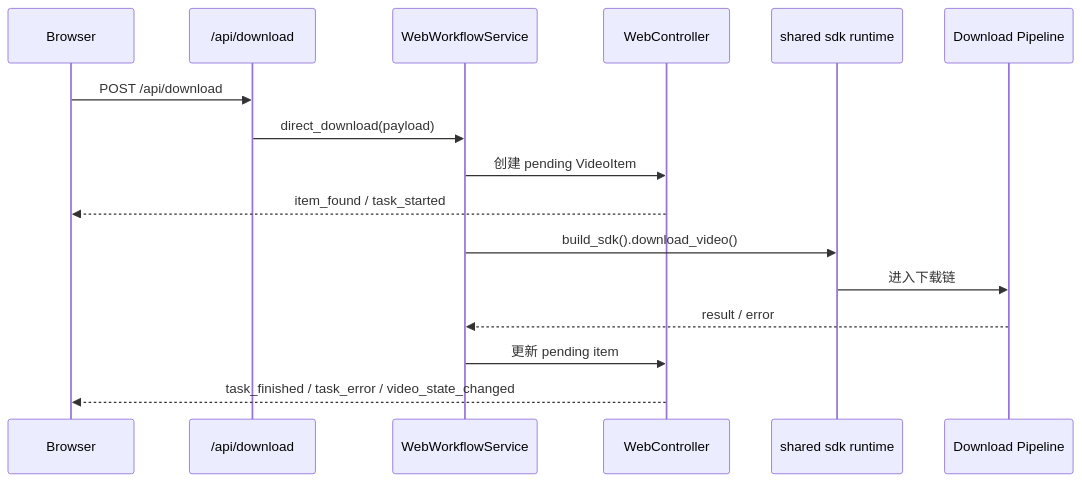
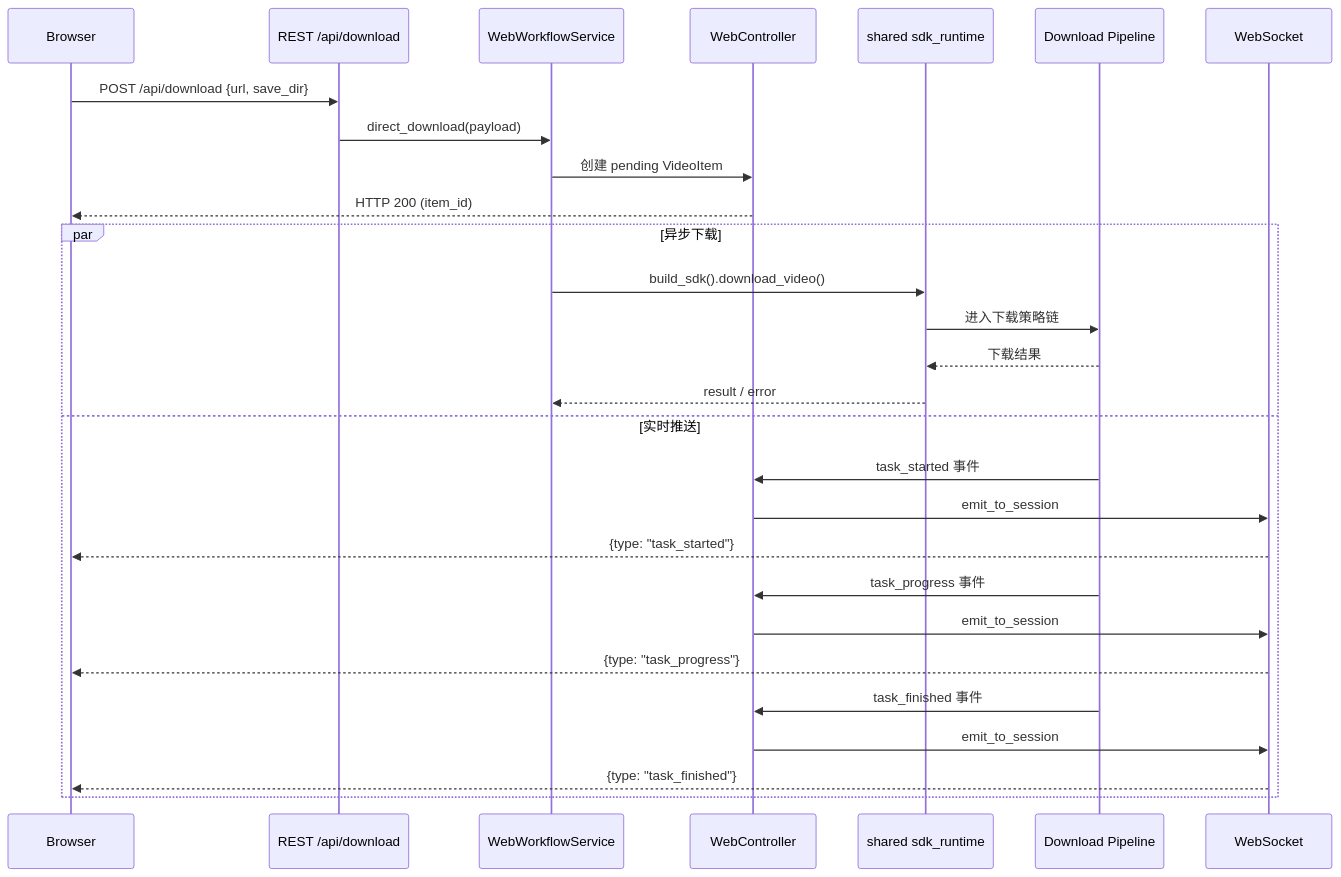
The fourth of 5 diagrams in mermaid/06-web-runtime.md (haohaizi554/UniversalCrawler), drawn with Mermaid before and after one commit. The commit also changed other lines of this file and 78 other files, not shown here.

Commit message:
Sync local workspace: packaging adaptation, frontend hardening, and architecture review.

````diff
--- a/mermaid/06-web-runtime.md
+++ b/mermaid/06-web-runtime.md
@@ -27,19 +135,34 @@
 ```mermaid
 sequenceDiagram
     participant UI as Browser
-    participant API as /api/download
+    participant API as REST /api/download
     participant WF as WebWorkflowService
     participant C as WebController
-    participant SDK as shared sdk runtime
+    participant SDK as shared sdk_runtime
     participant DL as Download Pipeline
+    participant WS as WebSocket
 
-    UI->>API: POST /api/download
+    UI->>API: POST /api/download {url, save_dir}
     API->>WF: direct_download(payload)
     WF->>C: 创建 pending VideoItem
-    C-->>UI: item_found / task_started
-    WF->>SDK: build_sdk().download_video()
-    SDK->>DL: 进入下载链
-    DL-->>WF: result / error
-    WF->>C: 更新 pending item
-    C-->>UI: task_finished / task_error / video_state_changed
+    C-->>UI: HTTP 200 (item_id)
+    
+    par 异步下载
+        WF->>SDK: build_sdk().download_video()
+        SDK->>DL: 进入下载策略链
+        DL-->>SDK: 下载结果
+        SDK-->>WF: result / error
+    and 实时推送
+        DL->>C: task_started 事件
+        C->>WS: emit_to_session
+        WS-->>UI: {type: "task_started"}
+        
+        DL->>C: task_progress 事件
+        C->>WS: emit_to_session
+        WS-->>UI: {type: "task_progress"}
+        
+        DL->>C: task_finished 事件
+        C->>WS: emit_to_session
+        WS-->>UI: {type: "task_finished"}
+    end
 ```
````
